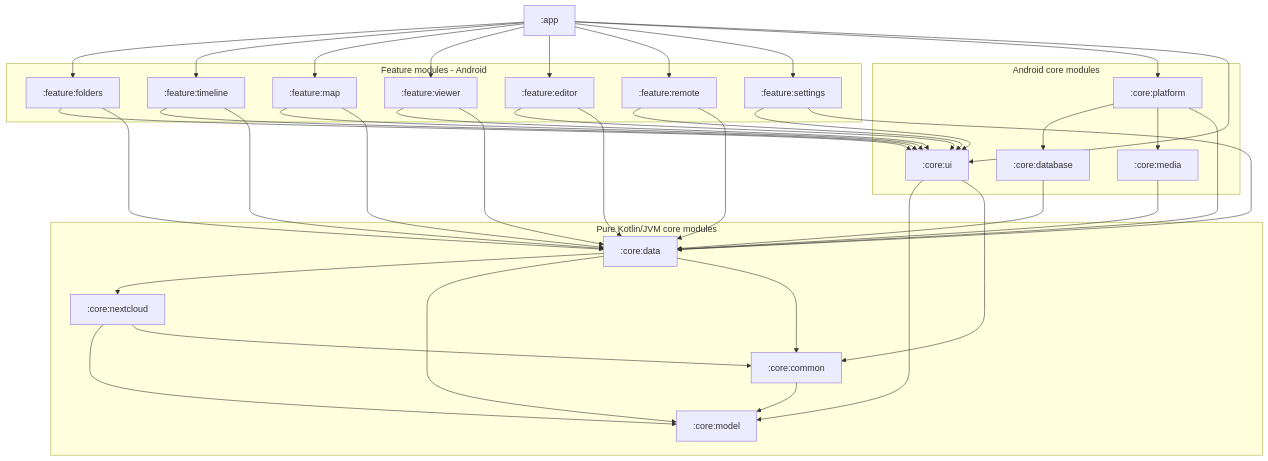
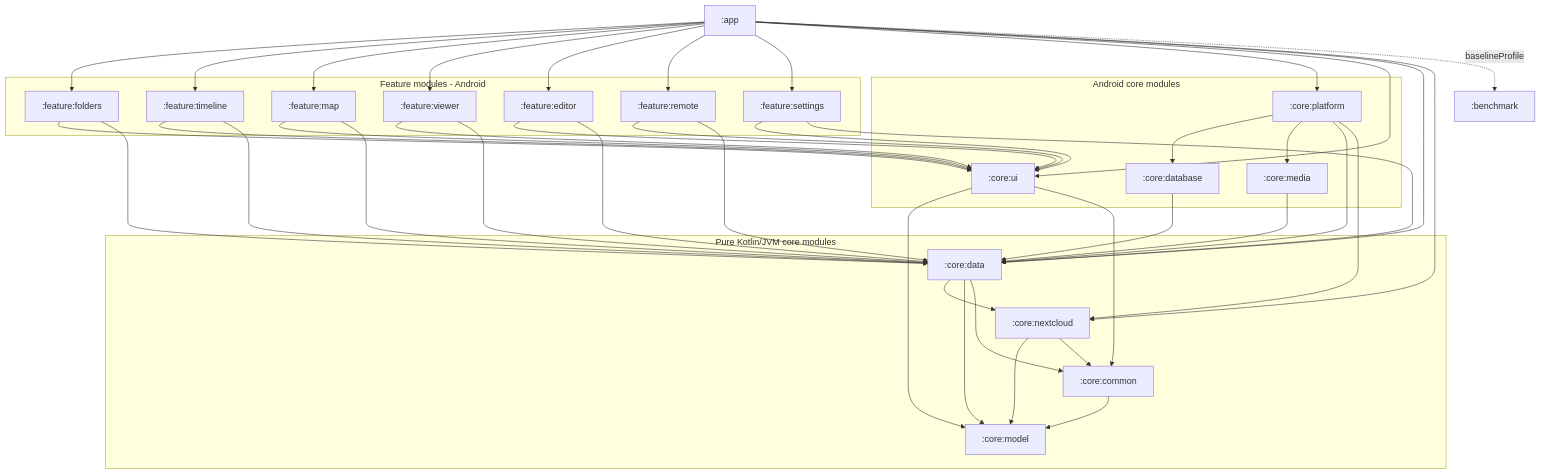
Before and after one commit to drehtuer/NextGalleryApp: the second of 13 diagrams in docs/ARCHITECTURE.md, drawn with Mermaid. The commit also changed other lines of this file and 9 other files, not shown here.

````diff
--- a/docs/ARCHITECTURE.md
+++ b/docs/ARCHITECTURE.md
@@ -129,68 +129,73 @@
 ```mermaid
 graph TD
     app[":app"]
+    benchmark[":benchmark"]
 
     subgraph features["Feature modules - Android"]
         folders[":feature:folders"]
         timeline[":feature:timeline"]
         map[":feature:map"]
         viewer[":feature:viewer"]
         editor[":feature:editor"]
         remote[":feature:remote"]
         settings[":feature:settings"]
     end
 
     subgraph adapters["Android core modules"]
         ui[":core:ui"]
         database[":core:database"]
         media[":core:media"]
         platform[":core:platform"]
     end
 
     subgraph jvm["Pure Kotlin/JVM core modules"]
         data[":core:data"]
         nextcloud[":core:nextcloud"]
         common[":core:common"]
         model[":core:model"]
     end
 
     app --> folders
     app --> timeline
     app --> map
     app --> viewer
     app --> editor
     app --> remote
     app --> settings
     app --> platform
     app --> ui
+    app --> data
+    app --> nextcloud
+    app -. "baselineProfile" .-> benchmark
 
     folders --> ui
     folders --> data
     timeline --> ui
     timeline --> data
     map --> ui
     map --> data
     viewer --> ui
     viewer --> data
     editor --> ui
     editor --> data
     remote --> ui
     remote --> data
     settings --> ui
     settings --> data
 
     platform --> database
     platform --> media
     platform --> data
+    platform --> nextcloud
     database --> data
     media --> data
     ui --> model
     ui --> common
 
     data --> nextcloud
     data --> model
     data --> common
     nextcloud --> model
     nextcloud --> common
     common --> model
 ```
````
